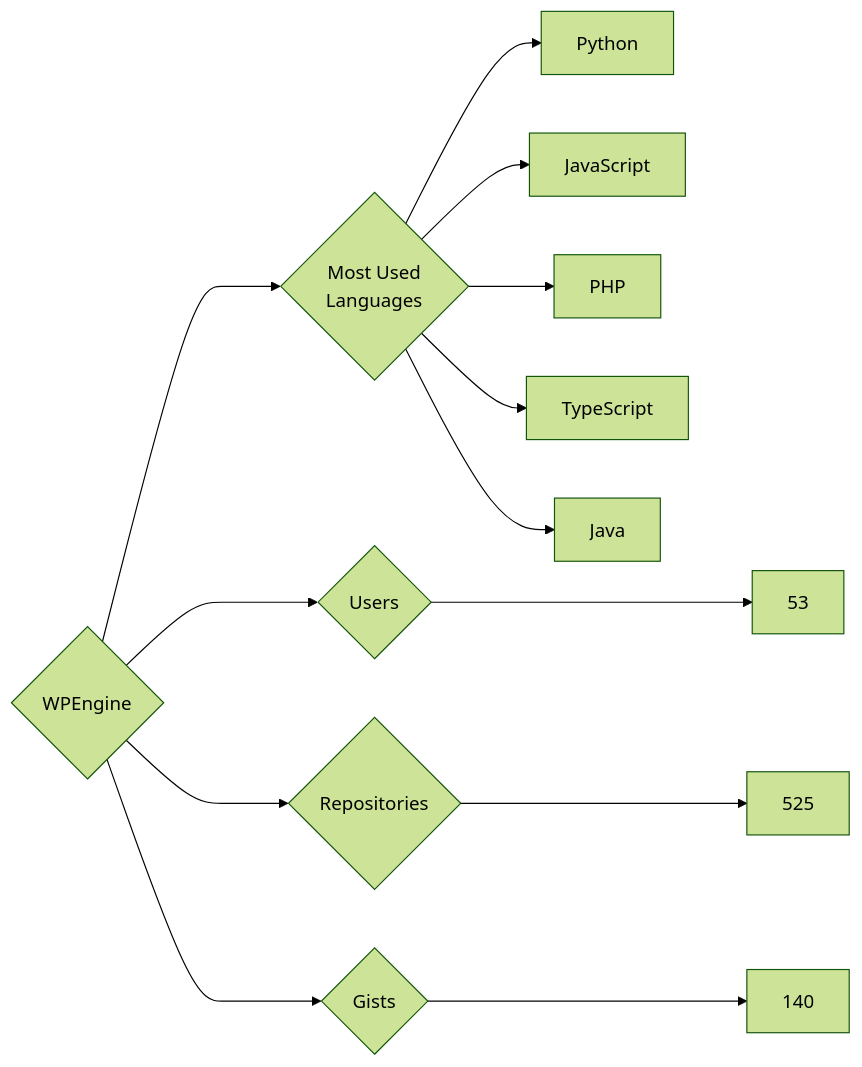
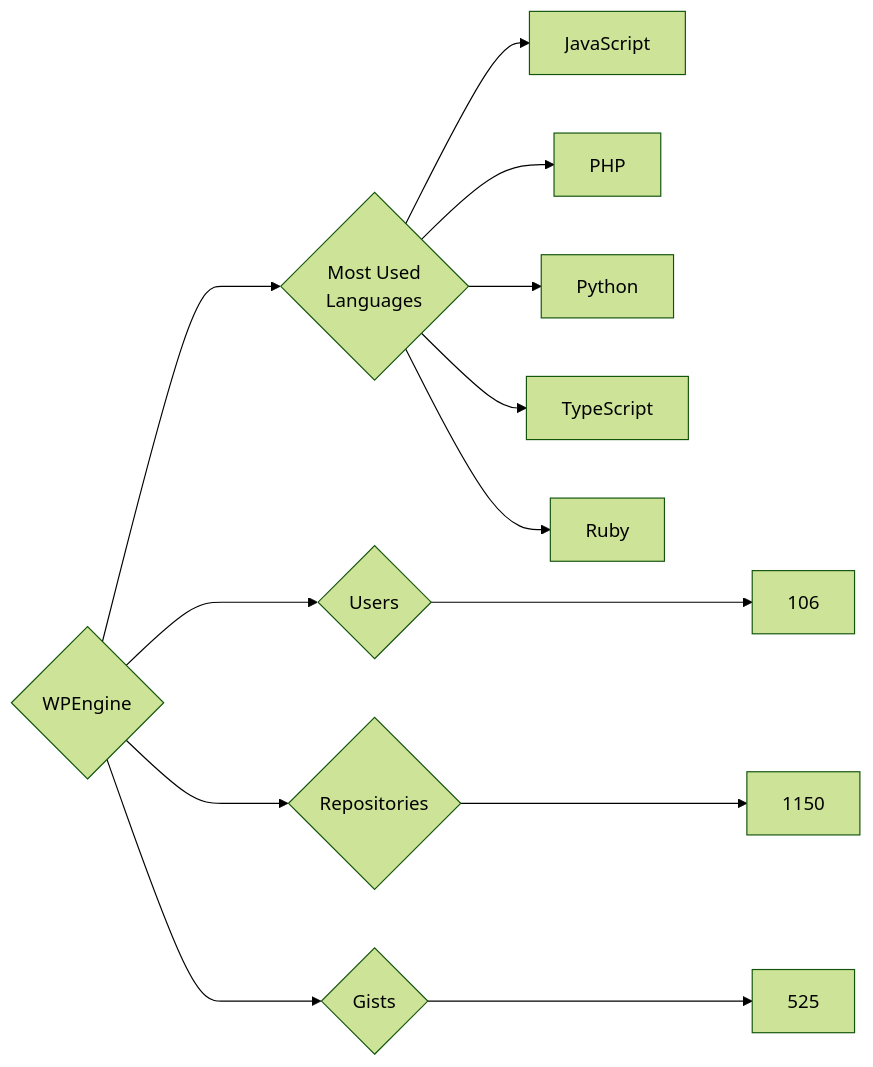
Before and after one commit to trickest/insiders: the diagram in targets/WPEngine/README.md, drawn with Mermaid (forest theme). The commit also changed 920 other files, not shown here.

````diff
--- a/targets/WPEngine/README.md
+++ b/targets/WPEngine/README.md
@@ -3,13 +3,13 @@
 ```mermaid
 graph LR
 COMPANY_NAME{WPEngine}
-COMPANY_NAME ---> U{Users} ---> UN[53]
-COMPANY_NAME ---> R{Repositories} ---> RN[525]
-COMPANY_NAME ---> G{Gists} ---> GN[140]
+COMPANY_NAME ---> U{Users} ---> UN[106]
+COMPANY_NAME ---> R{Repositories} ---> RN[1150]
+COMPANY_NAME ---> G{Gists} ---> GN[525]
 COMPANY_NAME ---> ML{Most Used<br>Languages}
-ML --> Python[Python]
 ML --> JavaScript[JavaScript]
 ML --> PHP[PHP]
+ML --> Python[Python]
 ML --> TypeScript[TypeScript]
-ML --> Java[Java]
+ML --> Ruby[Ruby]
 ```
````
